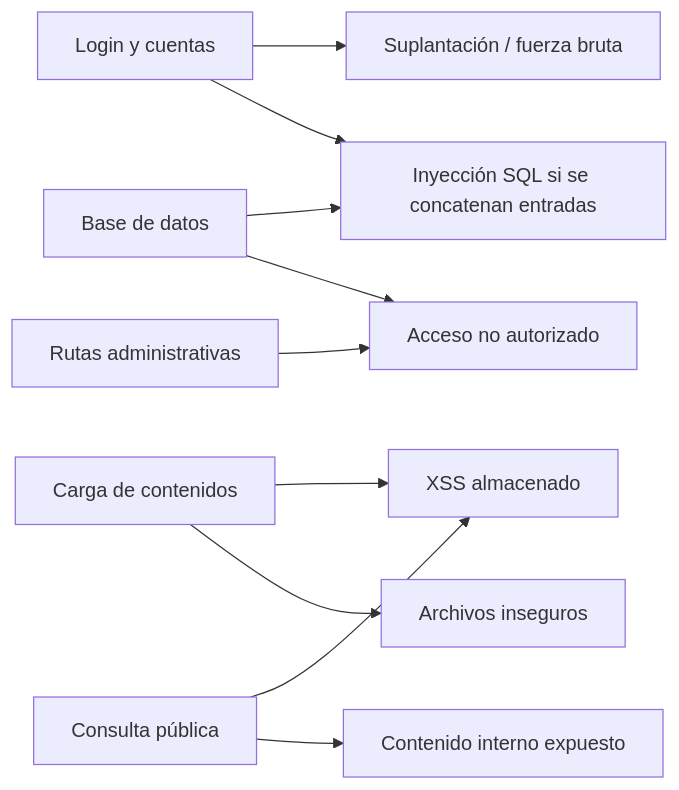
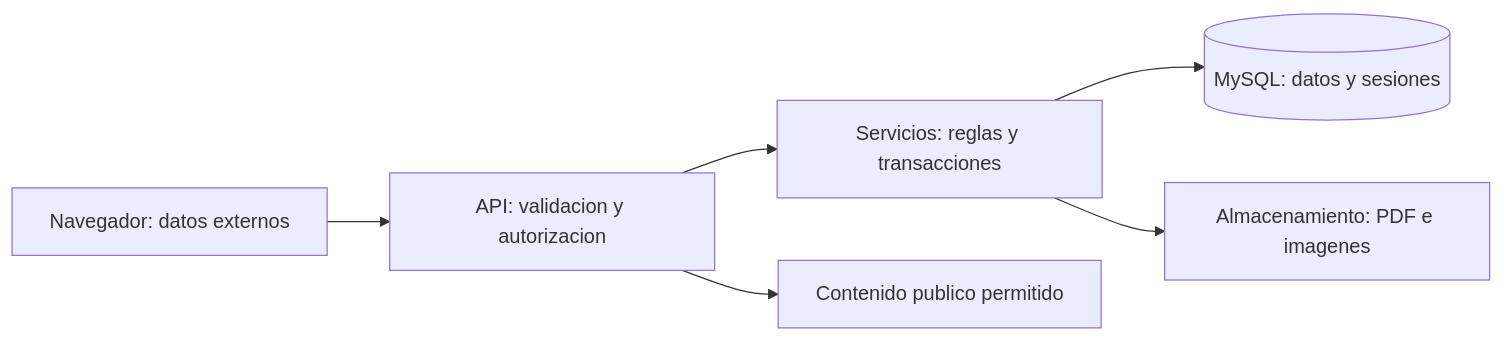
The diagram in docs/electiva_ciberseguridad/analisis_ciberseguridad.md (totito19/Proyecto-IMSJ), drawn with Mermaid before and after one commit. The commit also changed other lines of this file and 38 other files, not shown here.

````diff
--- a/docs/electiva_ciberseguridad/analisis_ciberseguridad.md
+++ b/docs/electiva_ciberseguridad/analisis_ciberseguridad.md
@@ -36,12 +28,8 @@
 ```mermaid
 flowchart LR
-    Login[Login y cuentas] --> Credenciales[Suplantación / fuerza bruta]
-    Login --> SQL[Inyección SQL si se concatenan entradas]
-    Contenido[Carga de contenidos] --> XSS[XSS almacenado]
-    Contenido --> Archivos[Archivos inseguros]
-    API[Rutas administrativas] --> Permisos[Acceso no autorizado]
-    Portal[Consulta pública] --> XSS
-    Portal --> Exposicion[Contenido interno expuesto]
-    BD[Base de datos] --> SQL
-    BD --> Permisos
+    Navegador[Navegador: datos externos] --> API[API: validacion y autorizacion]
+    API --> Negocio[Servicios: reglas y transacciones]
+    Negocio --> BD[(MySQL: datos y sesiones)]
+    Negocio --> Archivos[Almacenamiento: PDF e imagenes]
+    API --> Portal[Contenido publico permitido]
 ```
````
